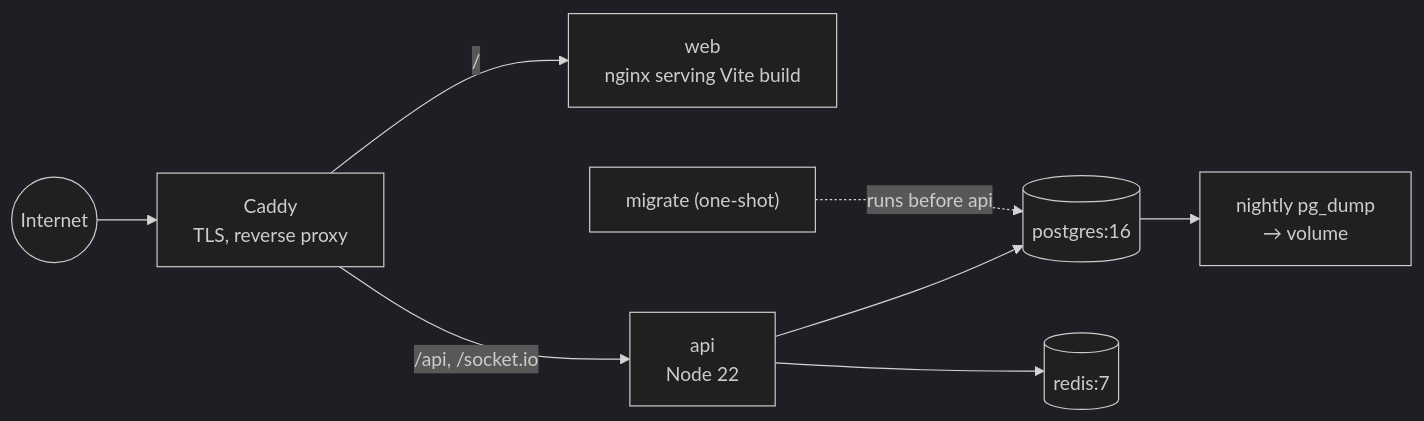
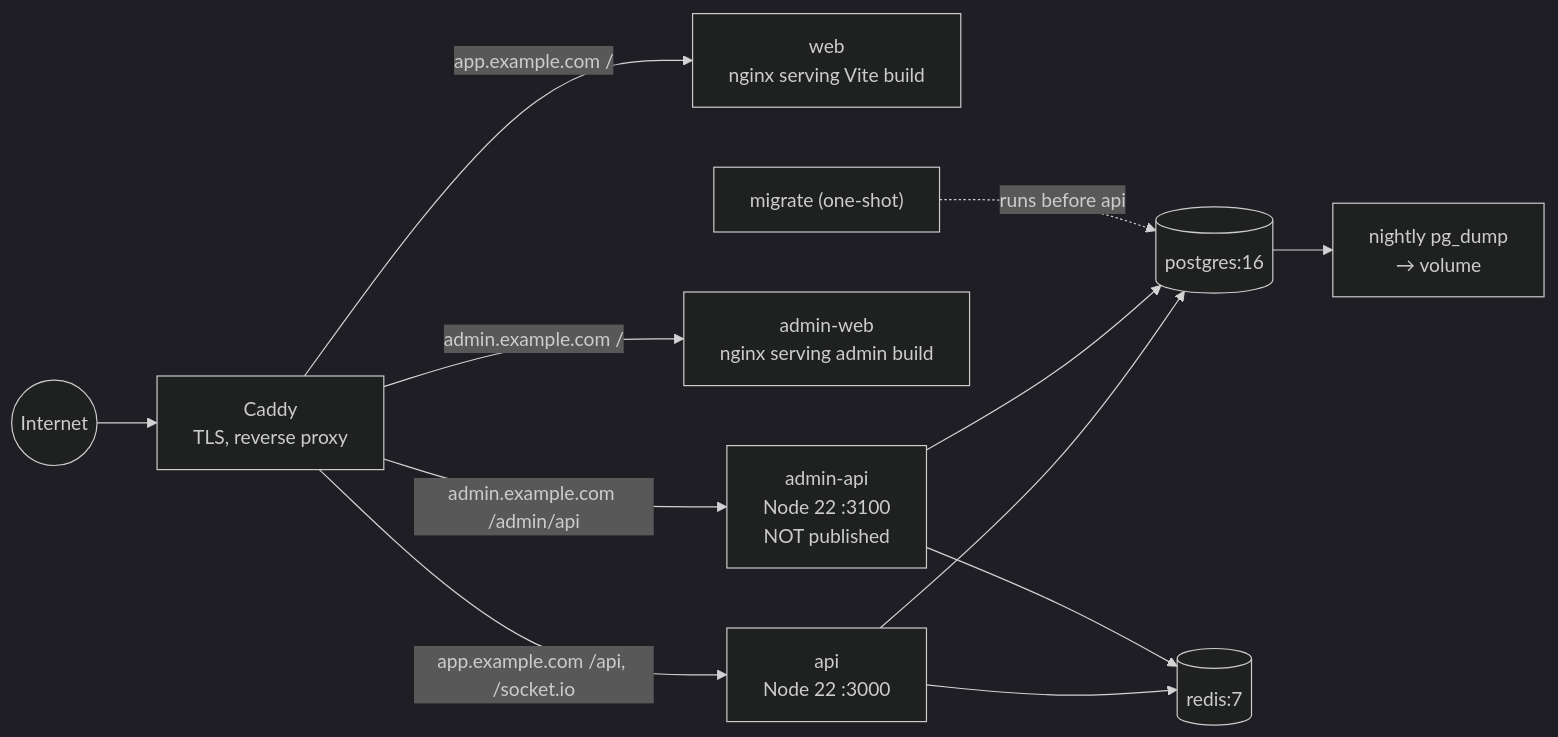
Before and after one commit to mehrangcode/GameHub: the second of 2 diagrams in Documents/02-technical-prd.md, drawn with Mermaid (dark theme). The commit also changed other lines of this file and 11 other files, not shown here.

````diff
--- a/Documents/02-technical-prd.md
+++ b/Documents/02-technical-prd.md
@@ -673,10 +732,14 @@
 ```mermaid
 graph LR
     Net(("Internet")) --> CAD["Caddy<br/>TLS, reverse proxy"]
-    CAD -->|"/"| WEB["web<br/>nginx serving Vite build"]
-    CAD -->|"/api, /socket.io"| API["api<br/>Node 22"]
+    CAD -->|"app.example.com /"| WEB["web<br/>nginx serving Vite build"]
+    CAD -->|"app.example.com /api, /socket.io"| API["api<br/>Node 22  :3000"]
+    CAD -->|"admin.example.com /"| AWEB["admin-web<br/>nginx serving admin build"]
+    CAD -->|"admin.example.com /admin/api"| AAPI["admin-api<br/>Node 22  :3100<br/>NOT published"]
     API --> PG[("postgres:16")]
+    AAPI --> PG
     API --> RDS[("redis:7")]
+    AAPI --> RDS
     MIG["migrate (one-shot)"] -.->|"runs before api"| PG
     PG --> BK["nightly pg_dump<br/>→ volume"]
 ```
````
